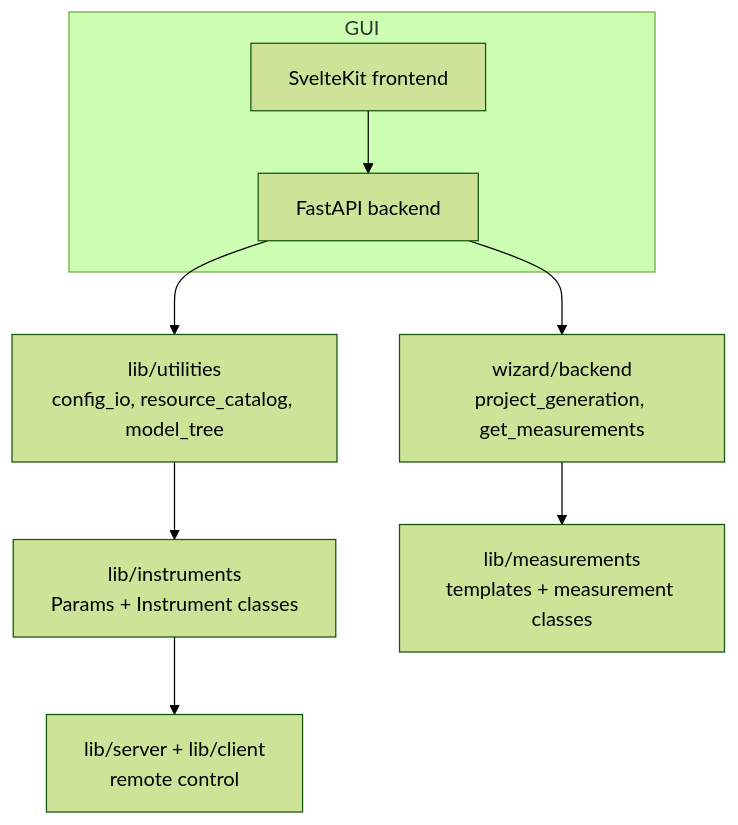
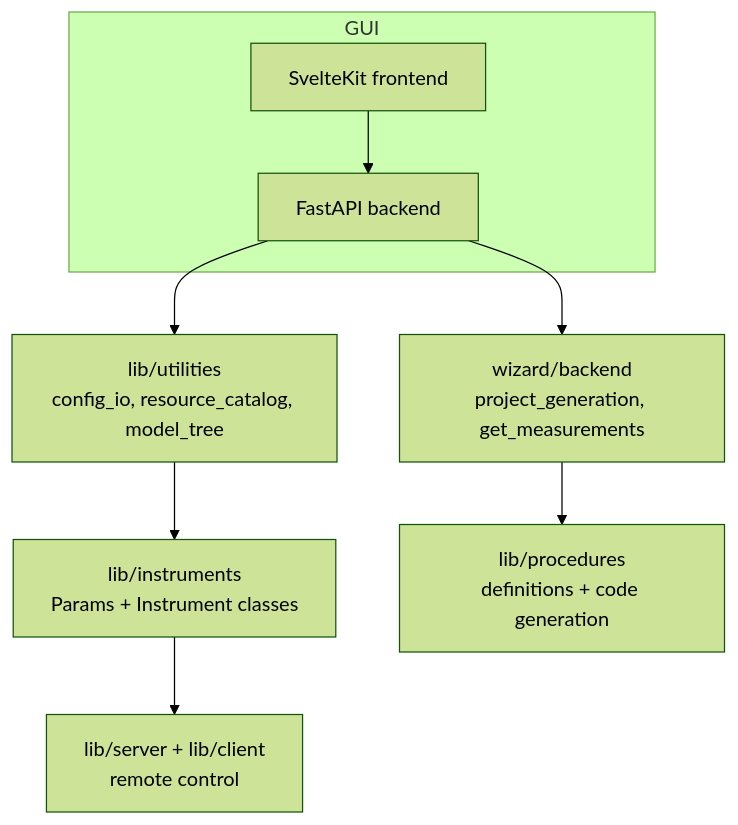
One commit to sansseriff/lab-wizard changed the first of 2 diagrams in docs/concepts/architecture.md. Above: the diagram before and after it, drawn with Mermaid (forest theme). The commit also changed other lines of this file and 42 other files, not shown here.

````diff
--- a/docs/concepts/architecture.md
+++ b/docs/concepts/architecture.md
@@ -33,11 +33,11 @@
 ```mermaid
 graph TD
     subgraph GUI
         FE[SvelteKit frontend] --> BE[FastAPI backend]
     end
     BE --> UTIL[lib/utilities<br/>config_io, resource_catalog, model_tree]
     UTIL --> INST[lib/instruments<br/>Params + Instrument classes]
     BE --> GEN[wizard/backend<br/>project_generation, get_measurements]
-    GEN --> MEAS[lib/measurements<br/>templates + measurement classes]
+    GEN --> MEAS[lib/procedures<br/>definitions + code generation]
     INST --> SRV[lib/server + lib/client<br/>remote control]
 ```
````
